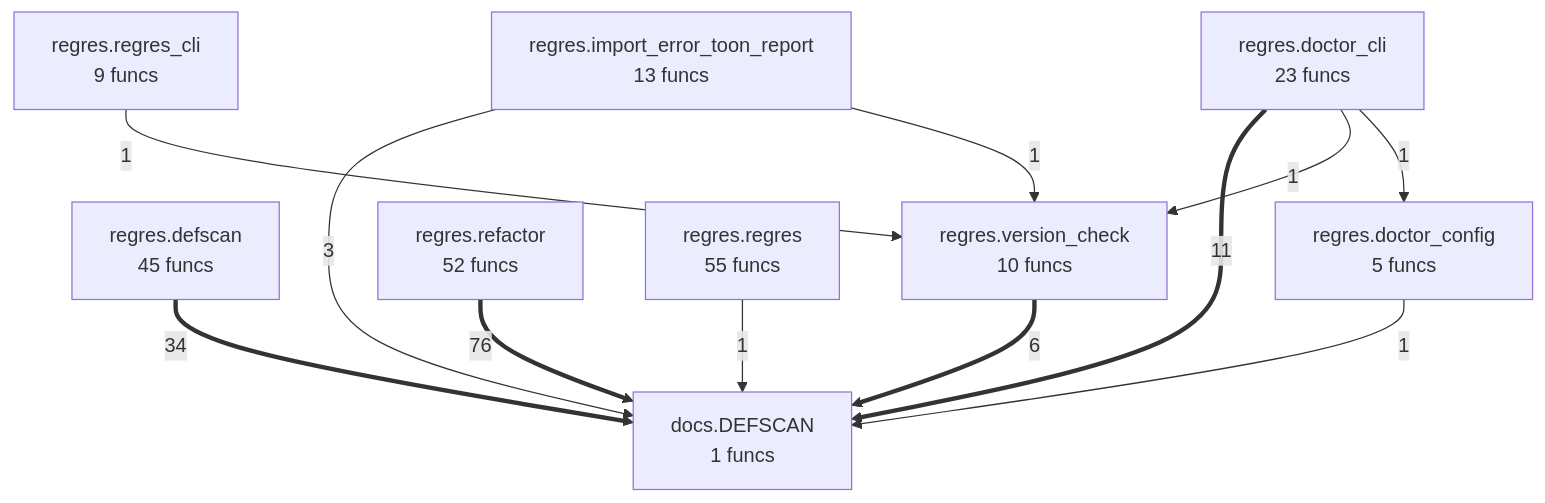
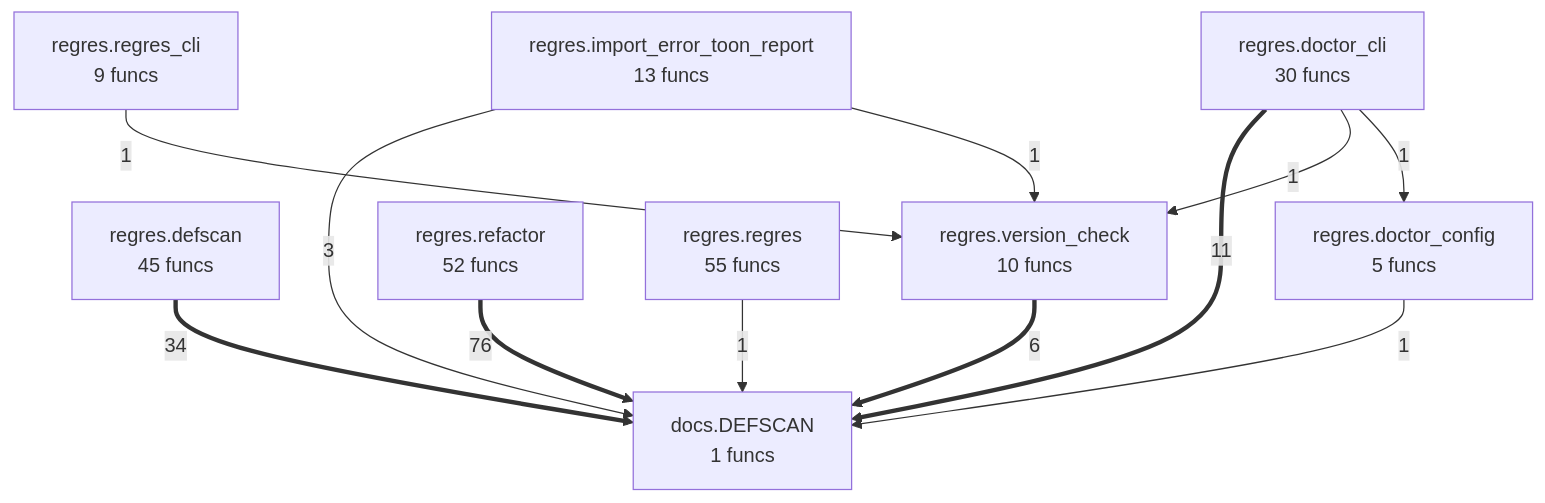
Before and after one commit to semcod/regres: the diagram in project/compact_flow.mmd, drawn with Mermaid. The commit also changed 29 other files, not shown here.

```diff
--- a/project/compact_flow.mmd
+++ b/project/compact_flow.mmd
@@ -1,21 +1,21 @@
 flowchart TD
     docs__DEFSCAN["docs.DEFSCAN<br/>1 funcs"]
     regres__defscan["regres.defscan<br/>45 funcs"]
-    regres__doctor_cli["regres.doctor_cli<br/>23 funcs"]
+    regres__doctor_cli["regres.doctor_cli<br/>30 funcs"]
     regres__doctor_config["regres.doctor_config<br/>5 funcs"]
     regres__import_error_toon_report["regres.import_error_toon_report<br/>13 funcs"]
     regres__refactor["regres.refactor<br/>52 funcs"]
     regres__regres["regres.regres<br/>55 funcs"]
     regres__regres_cli["regres.regres_cli<br/>9 funcs"]
     regres__version_check["regres.version_check<br/>10 funcs"]
     regres__refactor ==>|76| docs__DEFSCAN
     regres__defscan ==>|34| docs__DEFSCAN
     regres__doctor_cli ==>|11| docs__DEFSCAN
     regres__version_check ==>|6| docs__DEFSCAN
     regres__import_error_toon_report -->|3| docs__DEFSCAN
     regres__regres -->|1| docs__DEFSCAN
     regres__doctor_config -->|1| docs__DEFSCAN
     regres__import_error_toon_report -->|1| regres__version_check
     regres__regres_cli -->|1| regres__version_check
     regres__doctor_cli -->|1| regres__version_check
     regres__doctor_cli -->|1| regres__doctor_config
```
